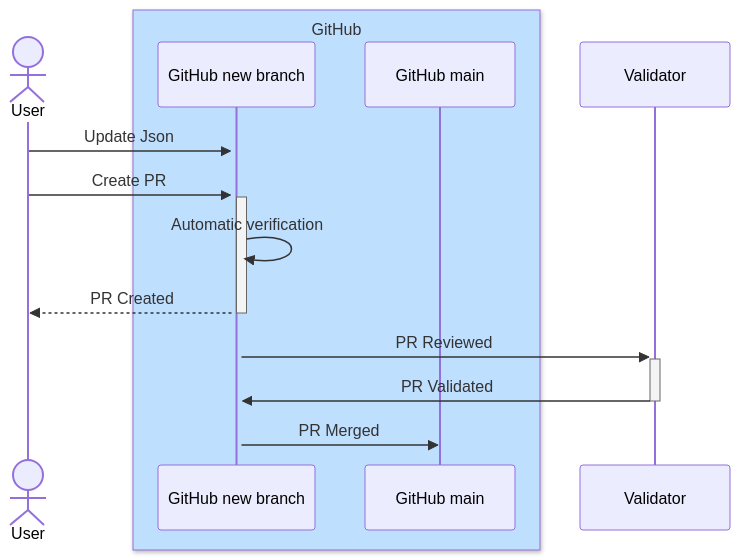
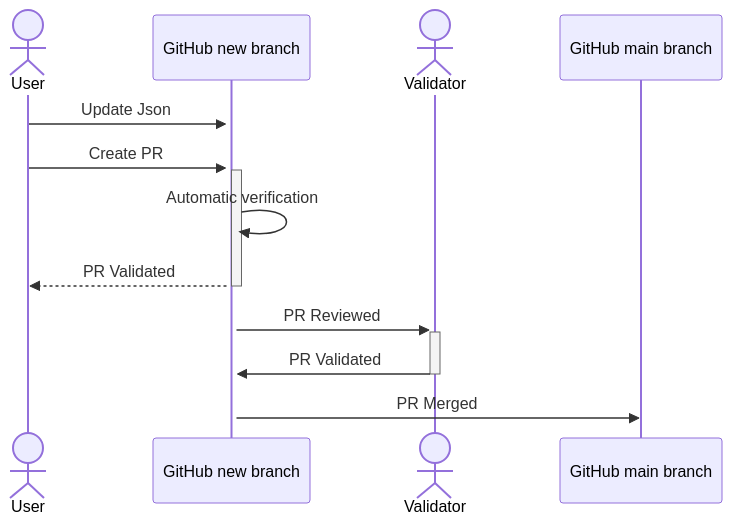
Before and after one commit to Consensys/linea-token-list: the diagram in docs/mermaid/diagrams/community-token-list-updates.mmd, drawn with Mermaid. The commit also changed 1 other file, not shown here.

Commit message:
feat: update community diagram

```diff
--- a/docs/mermaid/diagrams/community-token-list-updates.mmd
+++ b/docs/mermaid/diagrams/community-token-list-updates.mmd
@@ -1,15 +1,12 @@
 sequenceDiagram
     actor User
+    
     User->>+GitHub new branch: Update Json
     User->>+GitHub new branch: Create PR
     GitHub new branch->>GitHub new branch: Automatic verification
-    GitHub new branch-->>-User: PR Created
+    GitHub new branch-->>-User: PR Validated
 
-    box rgb(191, 223, 255) GitHub
-    participant GitHub new branch
-    participant GitHub main
-    end
-
+    actor Validator
     GitHub new branch->>+Validator: PR Reviewed
     Validator->>-GitHub new branch: PR Validated
-    GitHub new branch->>GitHub main: PR Merged
+    GitHub new branch->>GitHub main branch: PR Merged
```
